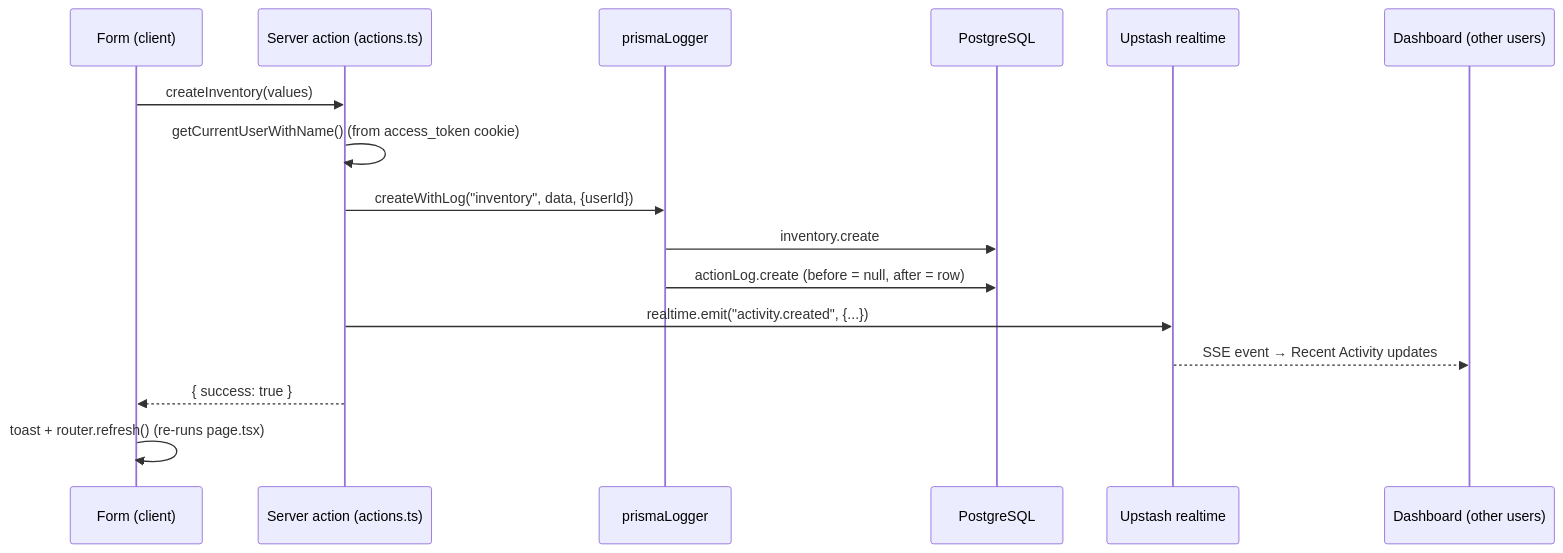
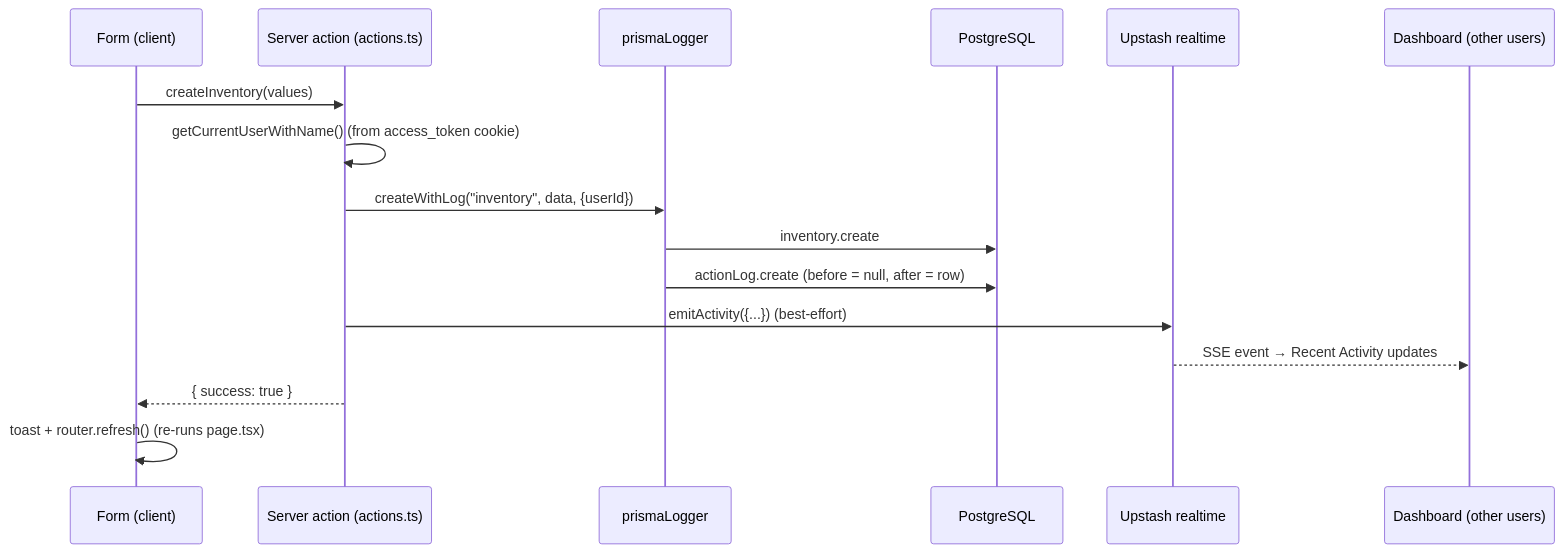
One commit to kai-dev00/Bean-Counter changed the second of 2 diagrams in docs/03-architecture.md. Above: the diagram before and after it, drawn with Mermaid. The commit also changed other lines of this file and 44 other files, not shown here.

````diff
--- a/docs/03-architecture.md
+++ b/docs/03-architecture.md
@@ -99,19 +99,19 @@
 ```mermaid
 sequenceDiagram
   participant F as Form (client)
   participant A as Server action (actions.ts)
   participant L as prismaLogger
   participant DB as PostgreSQL
   participant R as Upstash realtime
   participant D as Dashboard (other users)
 
   F->>A: createInventory(values)
   A->>A: getCurrentUserWithName() (from access_token cookie)
   A->>L: createWithLog("inventory", data, {userId})
   L->>DB: inventory.create
   L->>DB: actionLog.create (before = null, after = row)
-  A->>R: realtime.emit("activity.created", {...})
+  A->>R: emitActivity({...}) (best-effort)
   R-->>D: SSE event → Recent Activity updates
   A-->>F: { success: true }
   F->>F: toast + router.refresh() (re-runs page.tsx)
 ```
````
